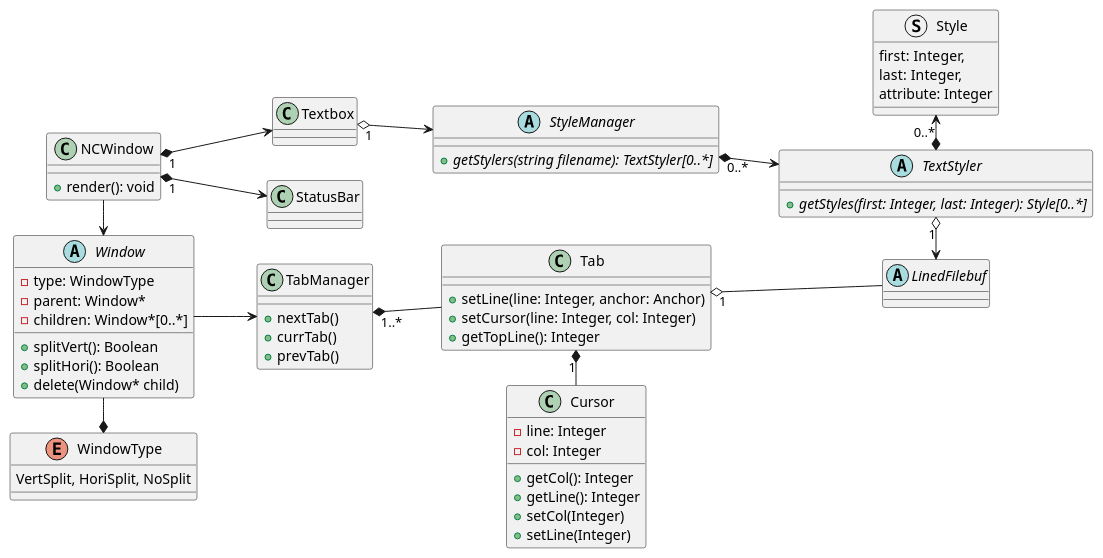
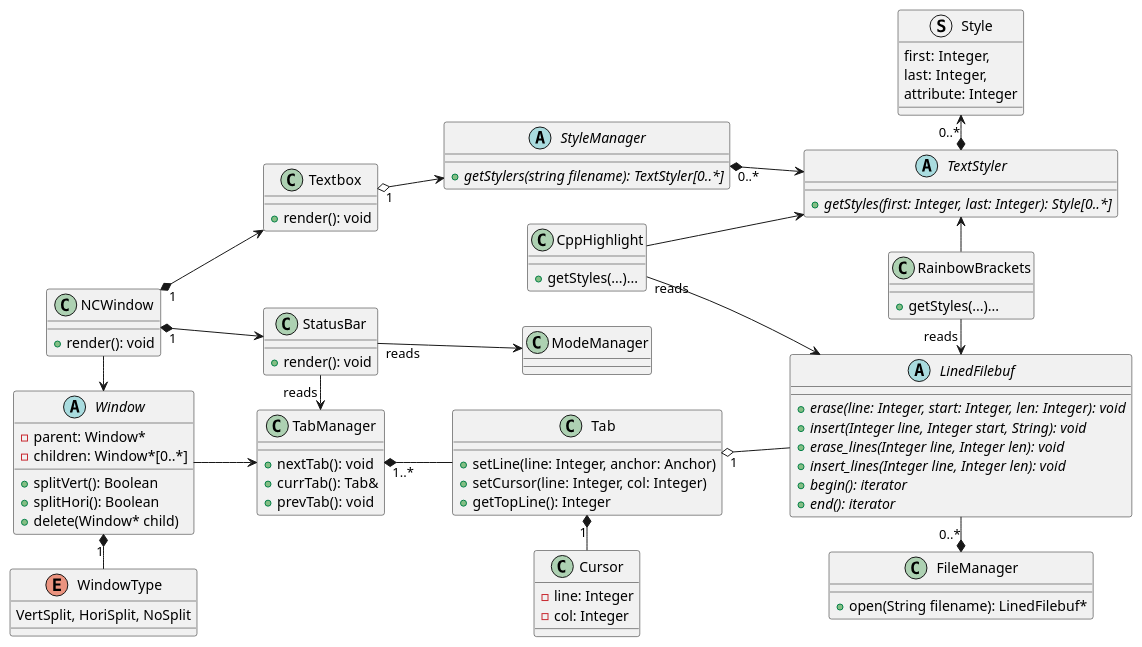
Before and after one commit to raywang999/VM: the fourth of 5 diagrams in uml.md, drawn with PlantUML. The commit also changed other lines of this file and 15 other files, not shown here.

Commit message:
implement o, O, uml

````diff
--- a/uml.md
+++ b/uml.md
@@ -96,19 +159,14 @@
 class Cursor{
   -line: Integer
   -col: Integer
-  +getCol(): Integer 
-  +getLine(): Integer 
-  +setCol(Integer)
-  +setLine(Integer)
 }
 class TabManager {
-  +nextTab()
-  +currTab()
-  +prevTab()
+  +nextTab(): void
+  +currTab(): Tab&
+  +prevTab(): void
 }
 Window --> TabManager
 abstract Window{
-  -type: WindowType
   -parent: Window*
   -children: Window*[0..*]
   +splitVert(): Boolean
@@ -126,14 +184,16 @@
 Tab "1" o-- LinedFilebuf
 Tab "1" *- Cursor
 TabManager "1..*" *-- Tab
-Window -* WindowType
+Window "1" *- WindowType
 class NCWindow{
   +render(): void
 }
 NCWindow -> Window
 NCWindow "1" *--> Textbox
 Textbox "1" o--> StyleManager
-class Textbox{}
+class Textbox{
+  +render(): void
+}
 abstract TextStyler{
   {abstract}+getStyles(first: Integer, last: Integer): Style[0..*]
 }
@@ -142,12 +202,37 @@
 }
 StyleManager "0..*" *--> TextStyler
 NCWindow "1" *--> StatusBar
-TextStyler "1" o-> LinedFilebuf
-class StatusBar{}
+class StatusBar{
+  +render(): void
+}
 struct Style{
   first: Integer, 
   last: Integer, 
   attribute: Integer
 }
+class RainbowBrackets {
+  +getStyles(...)...
+}
+class CppHighlight {
+  +getStyles(...)...
+}
+CppHighlight --> TextStyler 
+RainbowBrackets "reads" -> LinedFilebuf
+CppHighlight "reads" -> LinedFilebuf
+TextStyler <- RainbowBrackets 
 Style "0..*"<-* TextStyler 
+abstract class LinedFilebuf{
+  {abstract}+erase(line: Integer, start: Integer, len: Integer): void
+  {abstract}+insert(Integer line, Integer start, String): void
+  {abstract}+erase_lines(Integer line, Integer len): void
+  {abstract}+insert_lines(Integer line, Integer len): void
+  {abstract}+begin(): iterator
+  {abstract}+end(): iterator
+}
+StatusBar "reads" --> ModeManager
+StatusBar "reads" -> TabManager
+class FileManager{
+  +open(String filename): LinedFilebuf* 
+}
+LinedFilebuf "0..*" -* FileManager 
 ```
````
